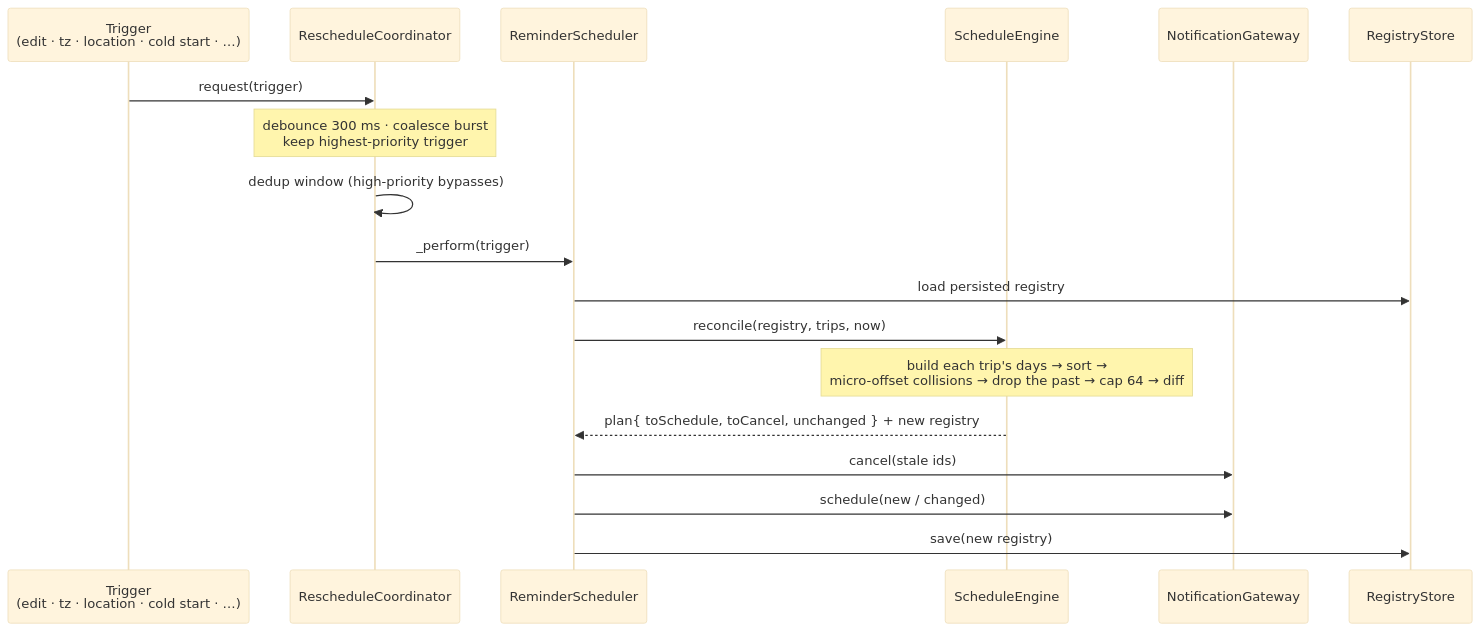
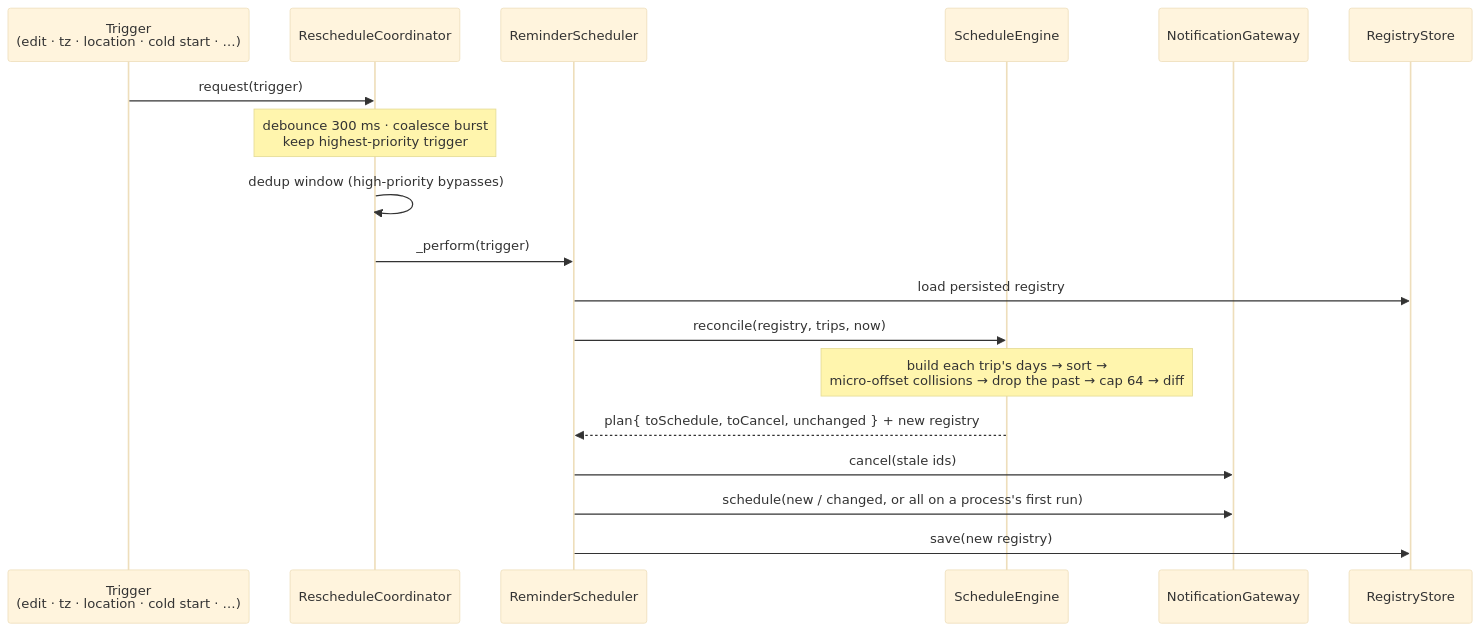
Before and after one commit to agrozdani/flutter-trip-reminder-scheduler: the third of 3 diagrams in README.md, drawn with Mermaid (base theme). The commit also changed other lines of this file and 7 other files, not shown here.

First line of the commit message:
Hand the whole schedule back on a process's first run

````diff
--- a/README.md
+++ b/README.md
@@ -227,21 +227,21 @@
 ```mermaid
 sequenceDiagram
     participant Trig as Trigger<br/>(edit · tz · location · cold start · …)
     participant Co as RescheduleCoordinator
     participant Sch as ReminderScheduler
     participant En as ScheduleEngine
     participant Ga as NotificationGateway
     participant St as RegistryStore
 
     Trig->>Co: request(trigger)
     Note over Co: debounce 300 ms · coalesce burst<br/>keep highest-priority trigger
     Co->>Co: dedup window (high-priority bypasses)
     Co->>Sch: _perform(trigger)
     Sch->>St: load persisted registry
     Sch->>En: reconcile(registry, trips, now)
     Note over En: build each trip's days → sort →<br/>micro-offset collisions → drop the past → cap 64 → diff
     En-->>Sch: plan{ toSchedule, toCancel, unchanged } + new registry
     Sch->>Ga: cancel(stale ids)
-    Sch->>Ga: schedule(new / changed)
+    Sch->>Ga: schedule(new / changed, or all on a process's first run)
     Sch->>St: save(new registry)
 ```
````
